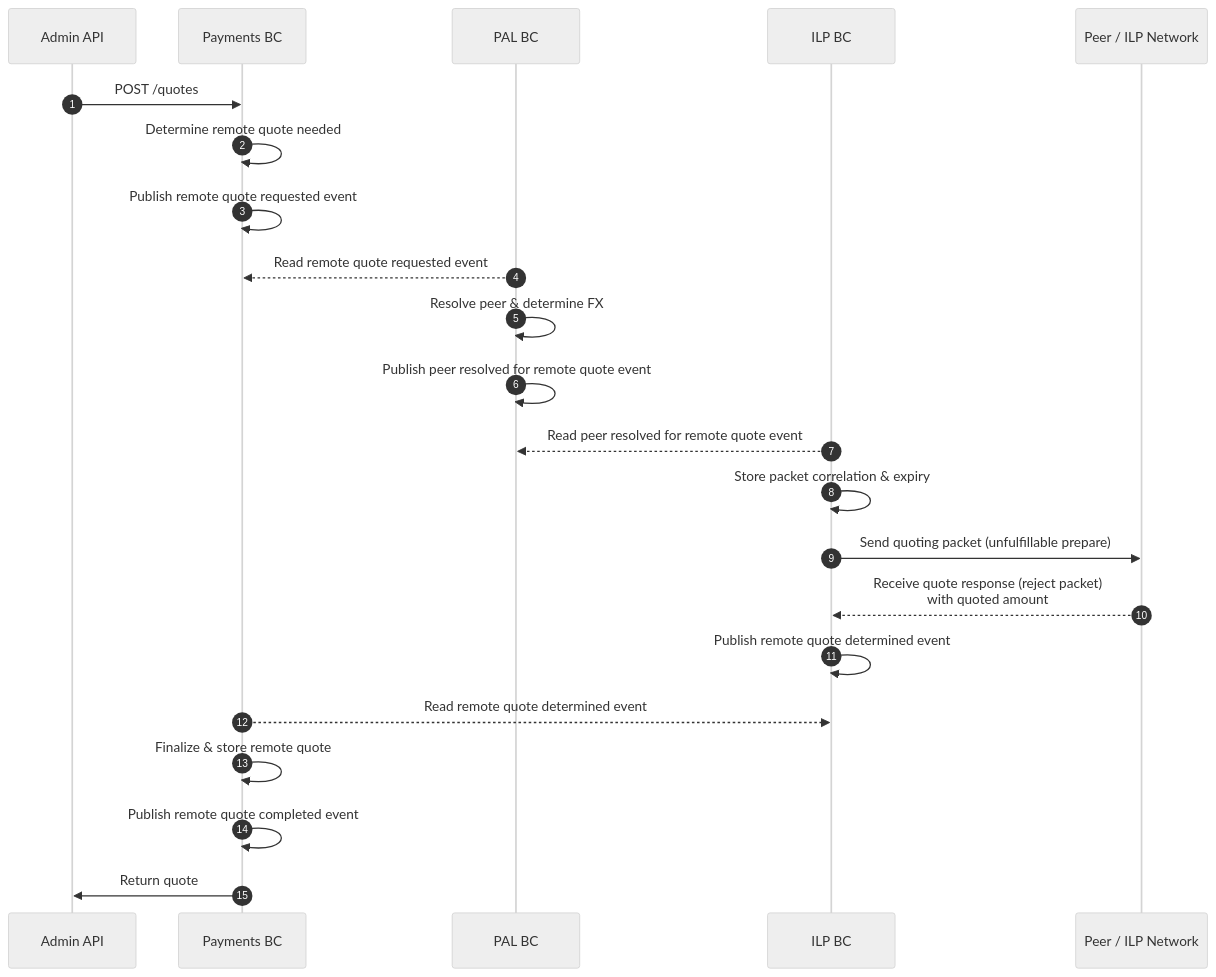
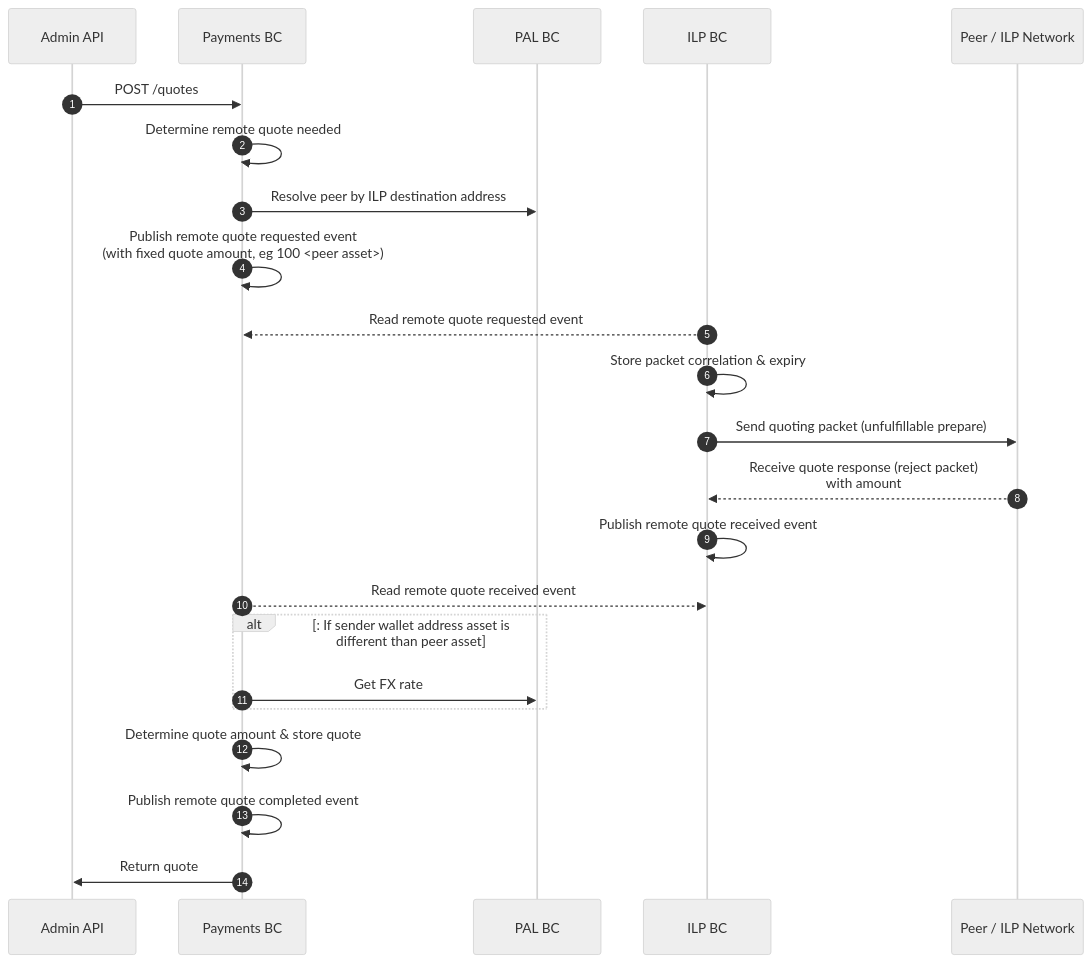
The diagram in internal-docs/sequence-diagrams/ILP/Remote Quote - Sending.md (JayPokale/rhyza), drawn with Mermaid (neutral theme) before and after one commit. The commit also changed 4 other files, not shown here.

Commit message:
feat: update diagram based on 21/05 & 22/05 meetings

````diff
--- a/internal-docs/sequence-diagrams/ILP/Remote Quote - Sending.md
+++ b/internal-docs/sequence-diagrams/ILP/Remote Quote - Sending.md
@@ -3,29 +3,29 @@
 ```mermaid
 sequenceDiagram
 	autonumber
 
     participant AAPI as Admin API
     participant PBC as Payments BC
     participant PAL as PAL BC
     participant ILPBC as ILP BC
     participant Peer as Peer / ILP Network
 
     AAPI ->> PBC: POST /quotes
     PBC ->> PBC: Determine remote quote needed
-    PBC ->> PBC: Publish remote quote requested event
+    PBC ->> PAL: Resolve peer by ILP destination address
+    PBC ->> PBC: Publish remote quote requested event <br> (with fixed quote amount, eg 100 <peer asset>)
 
-    PAL -->> PBC: Read remote quote requested event
-    PAL ->> PAL: Resolve peer & determine FX
-    PAL ->> PAL: Publish peer resolved for remote quote event
-
-    ILPBC -->> PAL: Read peer resolved for remote quote event
+    ILPBC -->> PBC: Read remote quote requested event
     ILPBC ->> ILPBC: Store packet correlation & expiry
     ILPBC ->> Peer: Send quoting packet (unfulfillable prepare)
-    Peer -->> ILPBC: Receive quote response (reject packet) <br> with quoted amount
-    ILPBC ->> ILPBC: Publish remote quote determined event
+    Peer -->> ILPBC: Receive quote response (reject packet) <br> with amount
+    ILPBC ->> ILPBC: Publish remote quote received event
 
-    PBC -->> ILPBC: Read remote quote determined event
-    PBC ->> PBC: Finalize & store remote quote
+    PBC -->> ILPBC: Read remote quote received event
+    alt: If sender wallet address asset is different than peer asset
+    PBC ->> PAL: Get FX rate
+    end
+    PBC ->> PBC: Determine quote amount & store quote
     PBC ->> PBC: Publish remote quote completed event
     PBC ->> AAPI: Return quote
 ```
````
